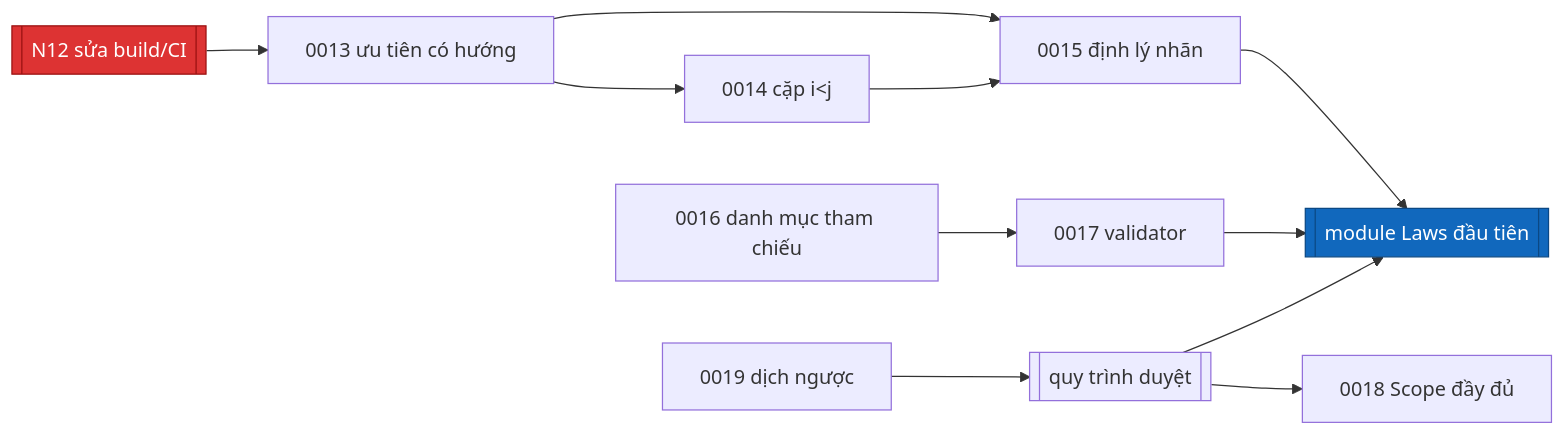
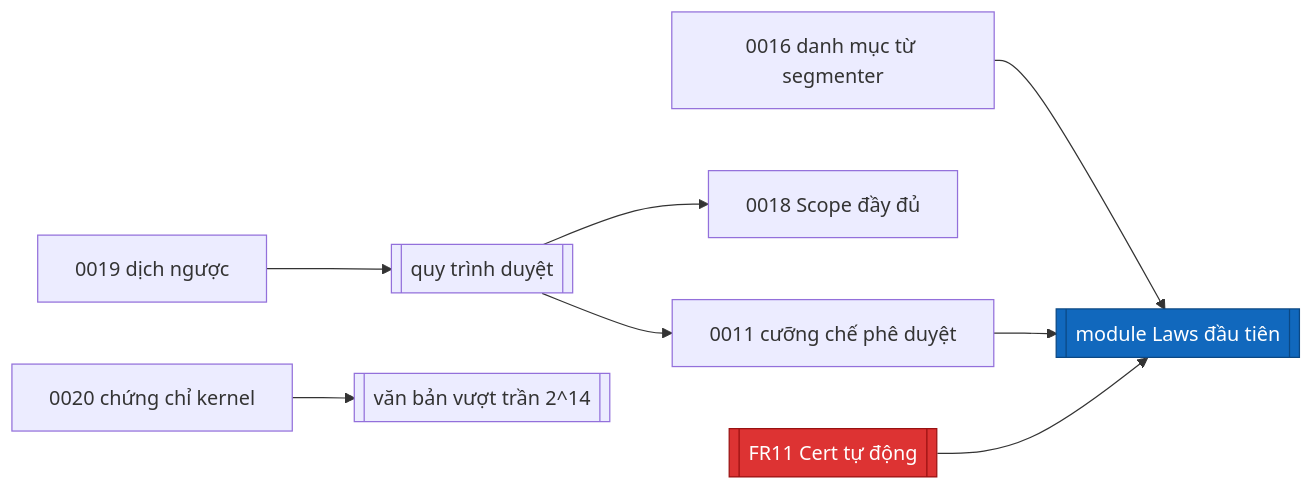
The diagram in docs/decisions/README.md (muahahaha55/LexProof), drawn with Mermaid before and after one commit. The commit also changed other lines of this file and 6 other files, not shown here.

````diff
--- a/docs/decisions/README.md
+++ b/docs/decisions/README.md
@@ -51,16 +61,14 @@
 ```mermaid
 flowchart LR
-    A0013[0013 ưu tiên có hướng] --> A0014[0014 cặp i&lt;j]
-    A0013 --> A0015[0015 định lý nhãn]
-    A0014 --> A0015
-    A0015 --> LAWS[["module Laws đầu tiên"]]
-    A0017[0017 validator] --> LAWS
-    A0016[0016 danh mục tham chiếu] --> A0017
+    LAWS[["module Laws đầu tiên"]]
+    A0016[0016 danh mục từ segmenter] --> LAWS
     A0019[0019 dịch ngược] --> REV[["quy trình duyệt"]]
     REV --> A0018[0018 Scope đầy đủ]
-    REV --> LAWS
-    N12[["N12 sửa build/CI"]] --> A0013
+    REV --> A0011[0011 cưỡng chế phê duyệt]
+    A0011 --> LAWS
+    A0020[0020 chứng chỉ kernel] --> SCALE[["văn bản vượt trần 2^14"]]
+    CERT[["FR11 Cert tự động"]] --> LAWS
 
     style LAWS fill:#1168bd,stroke:#0b4884,color:#fff
-    style N12 fill:#d33,stroke:#911,color:#fff
+    style CERT fill:#d33,stroke:#911,color:#fff
 ```
````
